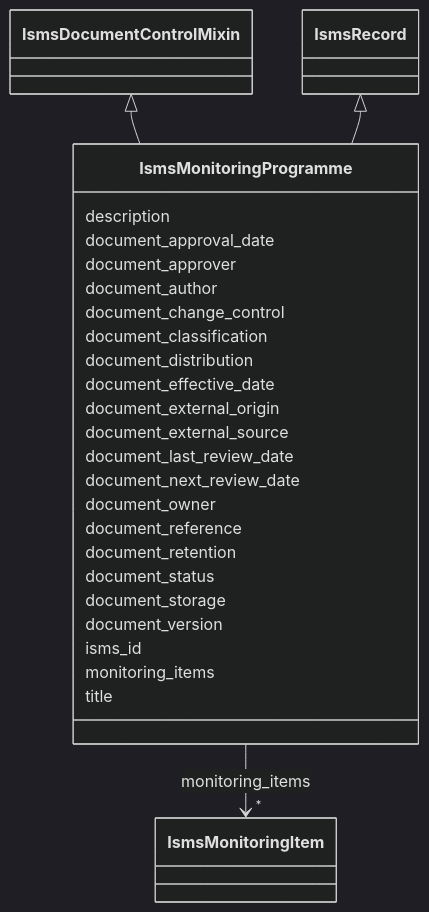
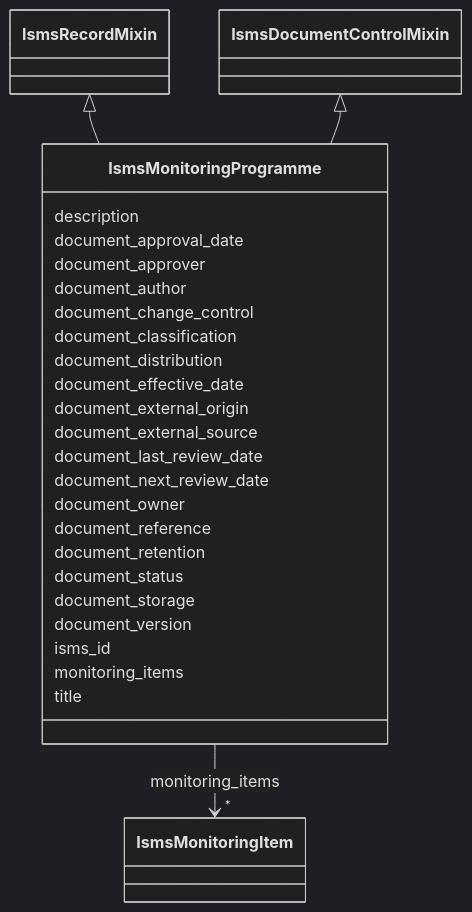
One commit to lmodel/iso27001 changed the diagram in project/mermaid/IsmsMonitoringProgramme.md. Above: the diagram before and after it, drawn with Mermaid (dark theme). The commit also changed 171 other files, not shown here.

Commit message:
refactor(schema): make the record base a mixin so adapt can root records

````diff
--- a/project/mermaid/IsmsMonitoringProgramme.md
+++ b/project/mermaid/IsmsMonitoringProgramme.md
@@ -4,62 +4,62 @@
 ```mermaid
  classDiagram
     class IsmsMonitoringProgramme
     click IsmsMonitoringProgramme href "../IsmsMonitoringProgramme"
+      IsmsRecordMixin <|-- IsmsMonitoringProgramme
+        click IsmsRecordMixin href "../IsmsRecordMixin"
       IsmsDocumentControlMixin <|-- IsmsMonitoringProgramme
         click IsmsDocumentControlMixin href "../IsmsDocumentControlMixin"
-      IsmsRecord <|-- IsmsMonitoringProgramme
-        click IsmsRecord href "../IsmsRecord"
       
       IsmsMonitoringProgramme : description
         
       IsmsMonitoringProgramme : document_approval_date
         
       IsmsMonitoringProgramme : document_approver
         
       IsmsMonitoringProgramme : document_author
         
       IsmsMonitoringProgramme : document_change_control
         
       IsmsMonitoringProgramme : document_classification
         
       IsmsMonitoringProgramme : document_distribution
         
       IsmsMonitoringProgramme : document_effective_date
         
       IsmsMonitoringProgramme : document_external_origin
         
       IsmsMonitoringProgramme : document_external_source
         
       IsmsMonitoringProgramme : document_last_review_date
         
       IsmsMonitoringProgramme : document_next_review_date
         
       IsmsMonitoringProgramme : document_owner
         
       IsmsMonitoringProgramme : document_reference
         
       IsmsMonitoringProgramme : document_retention
         
       IsmsMonitoringProgramme : document_status
         
       IsmsMonitoringProgramme : document_storage
         
       IsmsMonitoringProgramme : document_version
         
       IsmsMonitoringProgramme : isms_id
         
       IsmsMonitoringProgramme : monitoring_items
         
           
     
         
         
         IsmsMonitoringProgramme --> "*" IsmsMonitoringItem : monitoring_items
         click IsmsMonitoringItem href "../IsmsMonitoringItem"
     
 
         
       IsmsMonitoringProgramme : title
         
       
 ```
````
